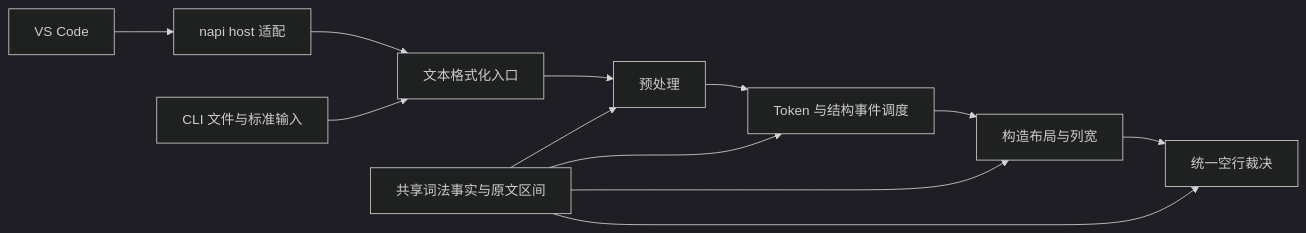
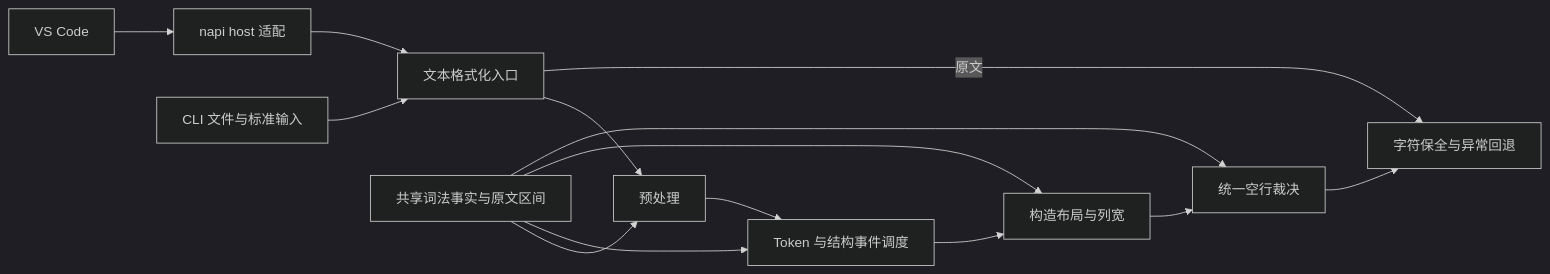
The first of 2 diagrams in ARCHITECTURE.md (JayceVane/SV-Tools), drawn with Mermaid (dark theme) before and after one commit. The commit also changed other lines of this file and 22 other files, not shown here.

````diff
--- a/ARCHITECTURE.md
+++ b/ARCHITECTURE.md
@@ -9,14 +9,16 @@
 ```mermaid
 flowchart LR
     Editor[VS Code] --> Bindings[napi host 适配]
     Bindings --> Pipeline[文本格式化入口]
     CLI[CLI 文件与标准输入] --> Pipeline
     Pipeline --> Preprocess[预处理]
     Preprocess --> Engine[Token 与结构事件调度]
     Engine --> Align[构造布局与列宽]
     Align --> Blank[统一空行裁决]
+    Blank --> Guard[字符保全与异常回退]
+    Pipeline -->|原文| Guard
     Scan[共享词法事实与原文区间] --> Preprocess
     Scan --> Engine
     Scan --> Align
     Scan --> Blank
 ```
````
